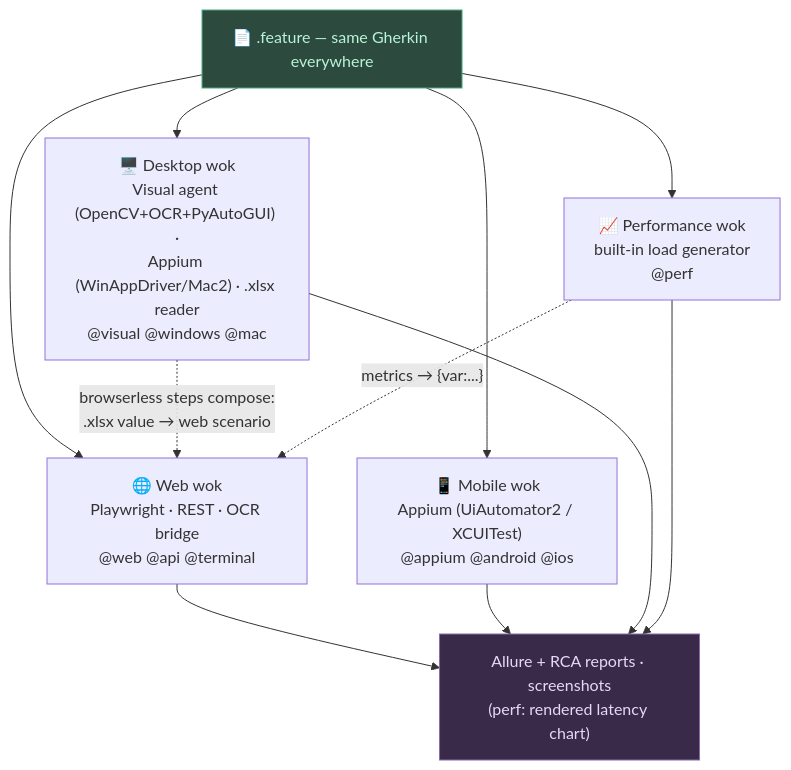
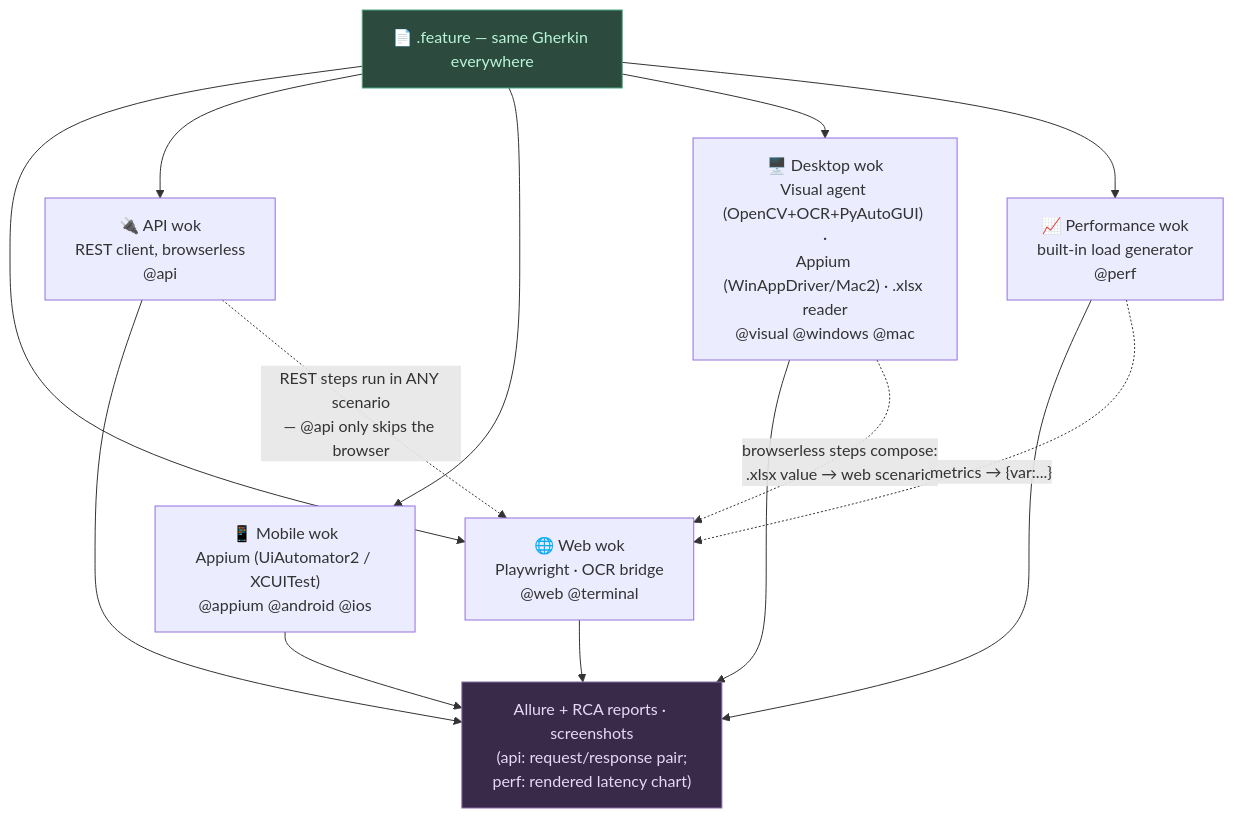
Before and after one commit to gheeno/noodle: the second of 9 diagrams in docs/architecture.md, drawn with Mermaid. The commit also changed other lines of this file and 16 other files, not shown here.

````diff
--- a/docs/architecture.md
+++ b/docs/architecture.md
@@ -108,16 +109,18 @@
 ```mermaid
 flowchart TD
     FEATURE["📄 .feature — same Gherkin everywhere"]
-    WEB["🌐 Web wok<br/>Playwright · REST · OCR bridge<br/>@web @api @terminal"]
+    WEB["🌐 Web wok<br/>Playwright · OCR bridge<br/>@web @terminal"]
+    APIW["🔌 API wok<br/>REST client, browserless<br/>@api"]
     MOBW["📱 Mobile wok<br/>Appium (UiAutomator2 / XCUITest)<br/>@appium @android @ios"]
     DESKW["🖥️ Desktop wok<br/>Visual agent (OpenCV+OCR+PyAutoGUI) ·<br/>Appium (WinAppDriver/Mac2) · .xlsx reader<br/>@visual @windows @mac"]
     PERFW["📈 Performance wok<br/>built-in load generator<br/>@perf"]
-    REPALL["Allure + RCA reports · screenshots<br/>(perf: rendered latency chart)"]
+    REPALL["Allure + RCA reports · screenshots<br/>(api: request/response pair;<br/>perf: rendered latency chart)"]
 
-    FEATURE --> WEB & MOBW & DESKW & PERFW --> REPALL
+    FEATURE --> WEB & APIW & MOBW & DESKW & PERFW --> REPALL
     DESKW -. "browserless steps compose:<br/>.xlsx value → web scenario" .-> WEB
     PERFW -. "metrics → {var:...}" .-> WEB
+    APIW -. "REST steps run in ANY scenario<br/>— @api only skips the browser" .-> WEB
 
     style FEATURE fill:#2d4a3e,color:#b8f5d8,stroke:#4aaa80
     style REPALL fill:#3a2a4a,color:#e8d8f5,stroke:#8a6aaa
 ```
````
